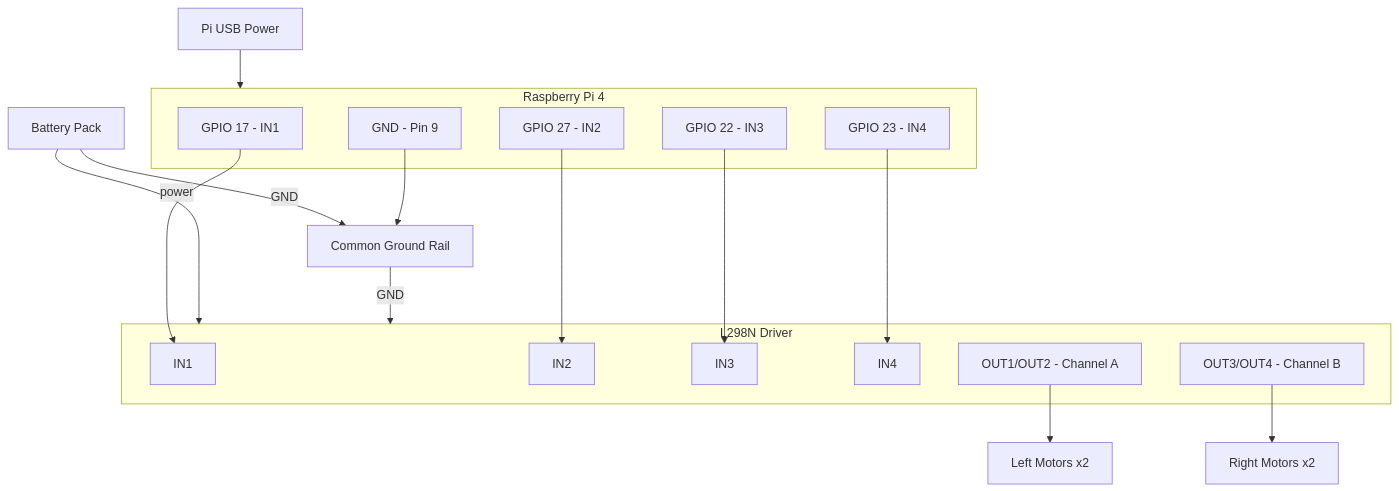
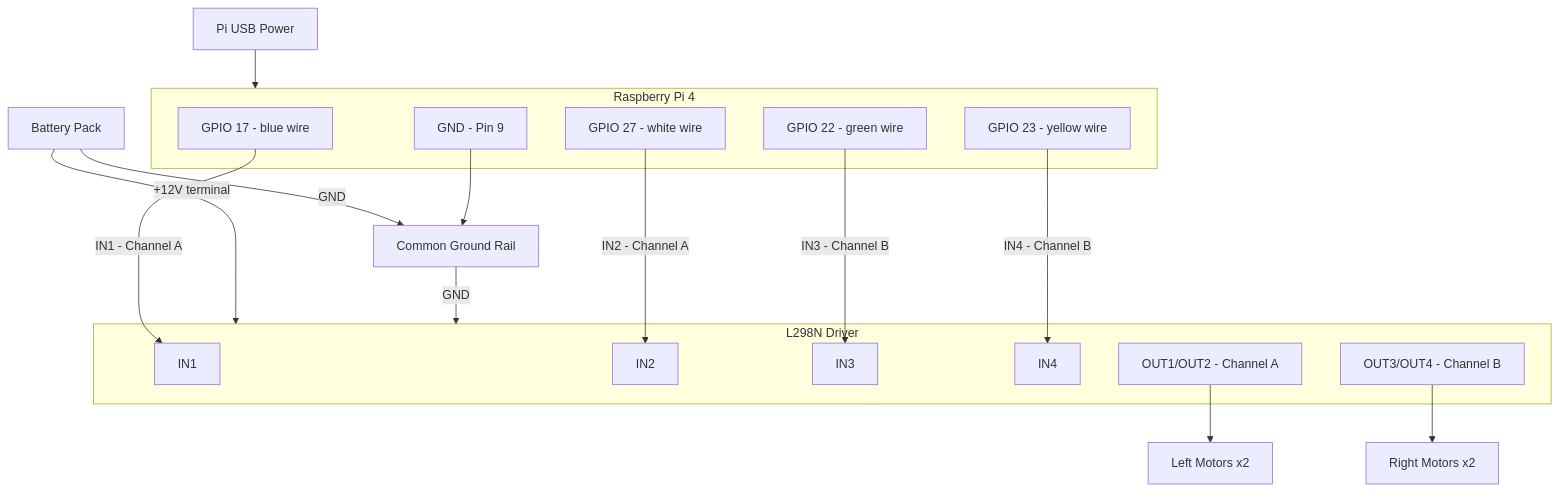
One commit to rbarman/rc-car changed the diagram in 4_four_motors/diagram.md. Above: the diagram before and after it, drawn with Mermaid. The commit also changed other lines of this file and 5 other files, not shown here.

````diff
--- a/4_four_motors/diagram.md
+++ b/4_four_motors/diagram.md
@@ -1,34 +1,34 @@
 ```mermaid
 graph TD
     PiPower[Pi USB Power] --> Pi
-    Batt[Battery Pack] -->|power| D1
+    Batt[Battery Pack] -->|+12V terminal| D1
     Batt -->|GND| GND_Bus[Common Ground Rail]
 
     subgraph Pi [Raspberry Pi 4]
-        GPIO17[GPIO 17 - IN1]
-        GPIO27[GPIO 27 - IN2]
-        GPIO22[GPIO 22 - IN3]
-        GPIO23[GPIO 23 - IN4]
+        GPIO17[GPIO 17 - blue wire]
+        GPIO27[GPIO 27 - white wire]
+        GPIO22[GPIO 22 - green wire]
+        GPIO23[GPIO 23 - yellow wire]
         PiGND[GND - Pin 9]
     end
 
     PiGND --> GND_Bus
     GND_Bus -->|GND| D1
 
     subgraph D1 [L298N Driver]
         IN1[IN1]
         IN2[IN2]
         IN3[IN3]
         IN4[IN4]
         OUT_A[OUT1/OUT2 - Channel A]
         OUT_B[OUT3/OUT4 - Channel B]
     end
 
-    GPIO17 --> IN1
-    GPIO27 --> IN2
-    GPIO22 --> IN3
-    GPIO23 --> IN4
+    GPIO17 -->|IN1 - Channel A| IN1
+    GPIO27 -->|IN2 - Channel A| IN2
+    GPIO22 -->|IN3 - Channel B| IN3
+    GPIO23 -->|IN4 - Channel B| IN4
 
     OUT_A --> ML[Left Motors x2]
     OUT_B --> MR[Right Motors x2]
 ```
````
